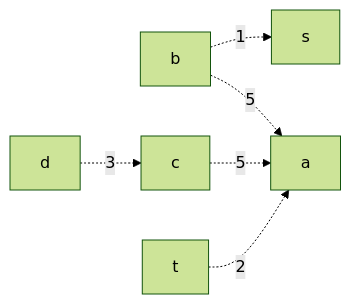
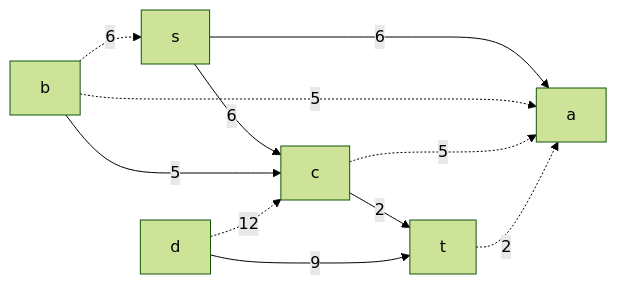
Before and after one commit to hse-algo-24-raven/manual-tasks-raven: diagram 12 of 14 in task-9/tbd-v2.md, drawn with Mermaid (forest theme). The commit also changed other lines of this file, not shown here.

Commit message:
graphs fix

````diff
--- a/task-9/tbd-v2.md
+++ b/task-9/tbd-v2.md
@@ -182,8 +194,13 @@
 ```mermaid
 graph LR
-    b-.->|1|s
+    s-->|6|a
+    b-.->|6|s
+    s-->|6|c
     b-.->|5|a
-    d-.->|3|c
+    b-->|5|c
+    d-.->|12|c
+    c-->|2|t
+    d-->|9|t
     c-.->|5|a
     t-.->|2|a
 ```
````
